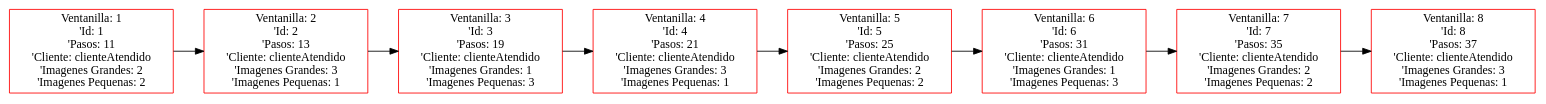
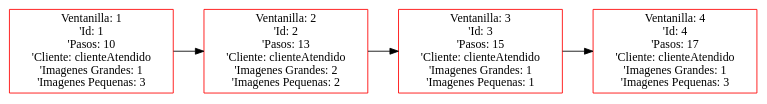
Before and after one commit to FranklinONP/EDD_PROYECTO_202200089: the diagram in Proyecto1/Proyecto1_202200089/Pruebas/PJ/Atendidos.dot, drawn with Graphviz. The commit also changed 26 other files, not shown here.

```diff
--- a/Proyecto1/Proyecto1_202200089/Pruebas/PJ/Atendidos.dot
+++ b/Proyecto1/Proyecto1_202200089/Pruebas/PJ/Atendidos.dot
@@ -1,18 +1,10 @@
  digraph G {
  rankdir=LR;
- node0 [label="Ventanilla: 1\n'Id: 1\n'Pasos: 11\n'Cliente: clienteAtendido\n'Imagenes Grandes: 2\n'Imagenes Pequenas: 2", color="red", shape="rectangle"];
- node1 [label="Ventanilla: 2\n'Id: 2\n'Pasos: 13\n'Cliente: clienteAtendido\n'Imagenes Grandes: 3\n'Imagenes Pequenas: 1", color="red", shape="rectangle"];
+ node0 [label="Ventanilla: 1\n'Id: 1\n'Pasos: 10\n'Cliente: clienteAtendido\n'Imagenes Grandes: 1\n'Imagenes Pequenas: 3", color="red", shape="rectangle"];
+ node1 [label="Ventanilla: 2\n'Id: 2\n'Pasos: 13\n'Cliente: clienteAtendido\n'Imagenes Grandes: 2\n'Imagenes Pequenas: 2", color="red", shape="rectangle"];
  node0 -> node1 [dir="forward"];
- node2 [label="Ventanilla: 3\n'Id: 3\n'Pasos: 19\n'Cliente: clienteAtendido\n'Imagenes Grandes: 1\n'Imagenes Pequenas: 3", color="red", shape="rectangle"];
+ node2 [label="Ventanilla: 3\n'Id: 3\n'Pasos: 15\n'Cliente: clienteAtendido\n'Imagenes Grandes: 1\n'Imagenes Pequenas: 1", color="red", shape="rectangle"];
  node1 -> node2 [dir="forward"];
- node3 [label="Ventanilla: 4\n'Id: 4\n'Pasos: 21\n'Cliente: clienteAtendido\n'Imagenes Grandes: 3\n'Imagenes Pequenas: 1", color="red", shape="rectangle"];
+ node3 [label="Ventanilla: 4\n'Id: 4\n'Pasos: 17\n'Cliente: clienteAtendido\n'Imagenes Grandes: 1\n'Imagenes Pequenas: 3", color="red", shape="rectangle"];
  node2 -> node3 [dir="forward"];
- node4 [label="Ventanilla: 5\n'Id: 5\n'Pasos: 25\n'Cliente: clienteAtendido\n'Imagenes Grandes: 2\n'Imagenes Pequenas: 2", color="red", shape="rectangle"];
- node3 -> node4 [dir="forward"];
- node5 [label="Ventanilla: 6\n'Id: 6\n'Pasos: 31\n'Cliente: clienteAtendido\n'Imagenes Grandes: 1\n'Imagenes Pequenas: 3", color="red", shape="rectangle"];
- node4 -> node5 [dir="forward"];
- node6 [label="Ventanilla: 7\n'Id: 7\n'Pasos: 35\n'Cliente: clienteAtendido\n'Imagenes Grandes: 2\n'Imagenes Pequenas: 2", color="red", shape="rectangle"];
- node5 -> node6 [dir="forward"];
- node7 [label="Ventanilla: 8\n'Id: 8\n'Pasos: 37\n'Cliente: clienteAtendido\n'Imagenes Grandes: 3\n'Imagenes Pequenas: 1", color="red", shape="rectangle"];
- node6 -> node7 [dir="forward"];
  }
```
